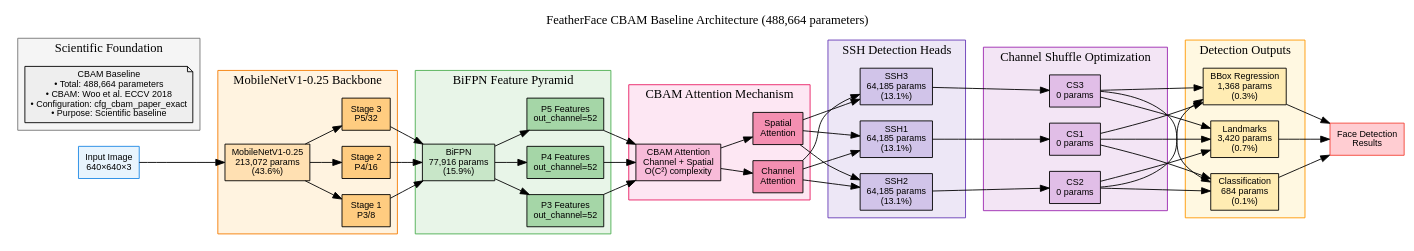
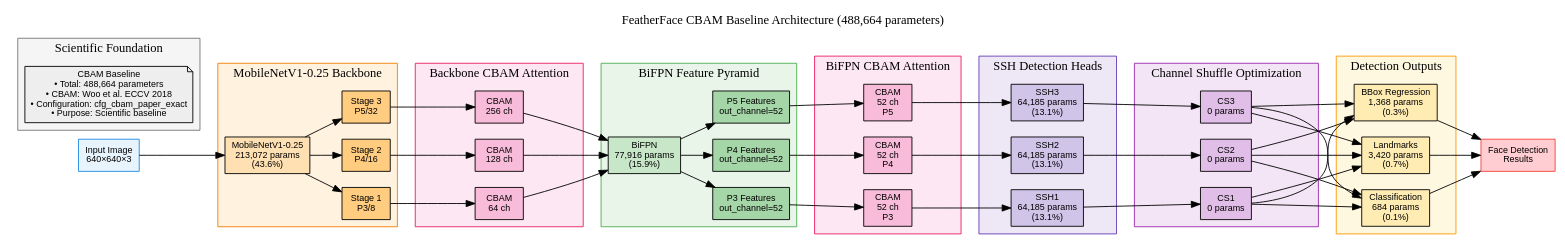
One commit to fokouarnaud/FeatherFace changed the diagram in diagrams/cbam_baseline_architecture.dot. Above: the diagram before and after it, drawn with Graphviz. The commit also changed 4 other files, not shown here.

```diff
--- a/diagrams/cbam_baseline_architecture.dot
+++ b/diagrams/cbam_baseline_architecture.dot
@@ -1,150 +1,160 @@
 digraph CBamBaseline {
     // Graph configuration
     rankdir=LR;
     node [shape=box, style=filled, fontname="Arial", fontsize=10];
     edge [fontname="Arial", fontsize=9];
     
     // Title
     label="FeatherFace CBAM Baseline Architecture (488,664 parameters)";
     labelloc="t";
     fontsize=14;
     fontname="Arial Bold";
     
     // Input
     input [label="Input Image\n640×640×3", fillcolor="#E8F4FD", color="#1E88E5"];
     
     // Backbone
     subgraph cluster_backbone {
         label="MobileNetV1-0.25 Backbone";
         style=filled;
         fillcolor="#FFF3E0";
         color="#F57C00";
         
         mobilenet [label="MobileNetV1-0.25\n213,072 params\n(43.6%)", fillcolor="#FFE0B2"];
         stage1 [label="Stage 1\nP3/8", fillcolor="#FFCC80"];
         stage2 [label="Stage 2\nP4/16", fillcolor="#FFCC80"];
         stage3 [label="Stage 3\nP5/32", fillcolor="#FFCC80"];
     }
     
+    // Backbone CBAM Attention
+    subgraph cluster_backbone_cbam {
+        label="Backbone CBAM Attention";
+        style=filled;
+        fillcolor="#FDE7F3";
+        color="#E91E63";
+        
+        backbone_cbam1 [label="CBAM\n64 ch", fillcolor="#F8BBD9"];
+        backbone_cbam2 [label="CBAM\n128 ch", fillcolor="#F8BBD9"];
+        backbone_cbam3 [label="CBAM\n256 ch", fillcolor="#F8BBD9"];
+    }
+    
     // Feature Pyramid Network
     subgraph cluster_fpn {
         label="BiFPN Feature Pyramid";
         style=filled;
         fillcolor="#E8F5E8";
         color="#4CAF50";
         
         bifpn [label="BiFPN\n77,916 params\n(15.9%)", fillcolor="#C8E6C8"];
         p3_out [label="P3 Features\nout_channel=52", fillcolor="#A5D6A7"];
         p4_out [label="P4 Features\nout_channel=52", fillcolor="#A5D6A7"];
         p5_out [label="P5 Features\nout_channel=52", fillcolor="#A5D6A7"];
     }
     
-    // CBAM Attention
-    subgraph cluster_cbam {
-        label="CBAM Attention Mechanism";
+    // BiFPN CBAM Attention
+    subgraph cluster_bifpn_cbam {
+        label="BiFPN CBAM Attention";
         style=filled;
         fillcolor="#FDE7F3";
         color="#E91E63";
         
-        cbam_attention [label="CBAM Attention\nChannel + Spatial\nO(C²) complexity", fillcolor="#F8BBD9"];
-        channel_att [label="Channel\nAttention", fillcolor="#F48FB1"];
-        spatial_att [label="Spatial\nAttention", fillcolor="#F48FB1"];
+        bifpn_cbam1 [label="CBAM\n52 ch\nP3", fillcolor="#F8BBD9"];
+        bifpn_cbam2 [label="CBAM\n52 ch\nP4", fillcolor="#F8BBD9"];
+        bifpn_cbam3 [label="CBAM\n52 ch\nP5", fillcolor="#F8BBD9"];
     }
     
     // SSH Detection Heads
     subgraph cluster_ssh {
         label="SSH Detection Heads";
         style=filled;
         fillcolor="#EDE7F6";
         color="#673AB7";
         
         ssh1 [label="SSH1\n64,185 params\n(13.1%)", fillcolor="#D1C4E9"];
         ssh2 [label="SSH2\n64,185 params\n(13.1%)", fillcolor="#D1C4E9"];
         ssh3 [label="SSH3\n64,185 params\n(13.1%)", fillcolor="#D1C4E9"];
     }
     
     // Channel Shuffle
     subgraph cluster_shuffle {
         label="Channel Shuffle Optimization";
         style=filled;
         fillcolor="#F3E5F5";
         color="#9C27B0";
         
         cs1 [label="CS1\n0 params", fillcolor="#E1BEE7"];
         cs2 [label="CS2\n0 params", fillcolor="#E1BEE7"];
         cs3 [label="CS3\n0 params", fillcolor="#E1BEE7"];
     }
     
     // Output Heads
     subgraph cluster_outputs {
         label="Detection Outputs";
         style=filled;
         fillcolor="#FFF8E1";
         color="#FF9800";
         
         class_head [label="Classification\n684 params\n(0.1%)", fillcolor="#FFECB3"];
         bbox_head [label="BBox Regression\n1,368 params\n(0.3%)", fillcolor="#FFECB3"];
         landmark_head [label="Landmarks\n3,420 params\n(0.7%)", fillcolor="#FFECB3"];
     }
     
     // Final Outputs
     output [label="Face Detection\nResults", fillcolor="#FFCDD2", color="#F44336"];
     
     // Connections
     input -> mobilenet;
     
     mobilenet -> stage1;
     mobilenet -> stage2;
     mobilenet -> stage3;
     
-    stage1 -> bifpn;
-    stage2 -> bifpn;
-    stage3 -> bifpn;
+    stage1 -> backbone_cbam1;
+    stage2 -> backbone_cbam2;
+    stage3 -> backbone_cbam3;
+    
+    backbone_cbam1 -> bifpn;
+    backbone_cbam2 -> bifpn;
+    backbone_cbam3 -> bifpn;
     
     bifpn -> p3_out;
     bifpn -> p4_out;
     bifpn -> p5_out;
     
-    p3_out -> cbam_attention;
-    p4_out -> cbam_attention;
-    p5_out -> cbam_attention;
+    p3_out -> bifpn_cbam1;
+    p4_out -> bifpn_cbam2;
+    p5_out -> bifpn_cbam3;
     
-    cbam_attention -> channel_att;
-    cbam_attention -> spatial_att;
-    
-    channel_att -> ssh1;
-    spatial_att -> ssh1;
-    channel_att -> ssh2;
-    spatial_att -> ssh2;
-    channel_att -> ssh3;
-    spatial_att -> ssh3;
+    bifpn_cbam1 -> ssh1;
+    bifpn_cbam2 -> ssh2;
+    bifpn_cbam3 -> ssh3;
     
     ssh1 -> cs1;
     ssh2 -> cs2;
     ssh3 -> cs3;
     
     cs1 -> class_head;
     cs1 -> bbox_head;
     cs1 -> landmark_head;
     cs2 -> class_head;
     cs2 -> bbox_head;
     cs2 -> landmark_head;
     cs3 -> class_head;
     cs3 -> bbox_head;
     cs3 -> landmark_head;
     
     class_head -> output;
     bbox_head -> output;
     landmark_head -> output;
     
     // Scientific details
     subgraph cluster_details {
         label="Scientific Foundation";
         style=filled;
         fillcolor="#F5F5F5";
         color="#757575";
         
         details [label="CBAM Baseline\n• Total: 488,664 parameters\n• CBAM: Woo et al. ECCV 2018\n• Configuration: cfg_cbam_paper_exact\n• Purpose: Scientific baseline", 
                 fillcolor="#EEEEEE", shape=note];
     }
 }
```
